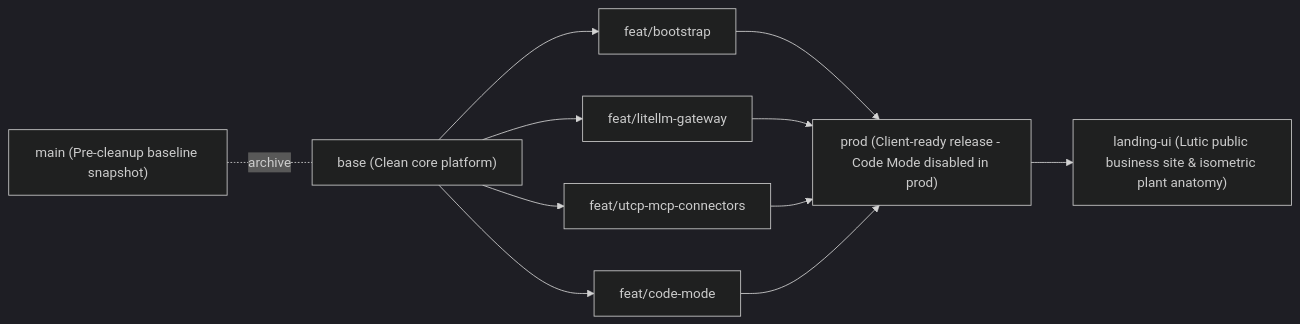
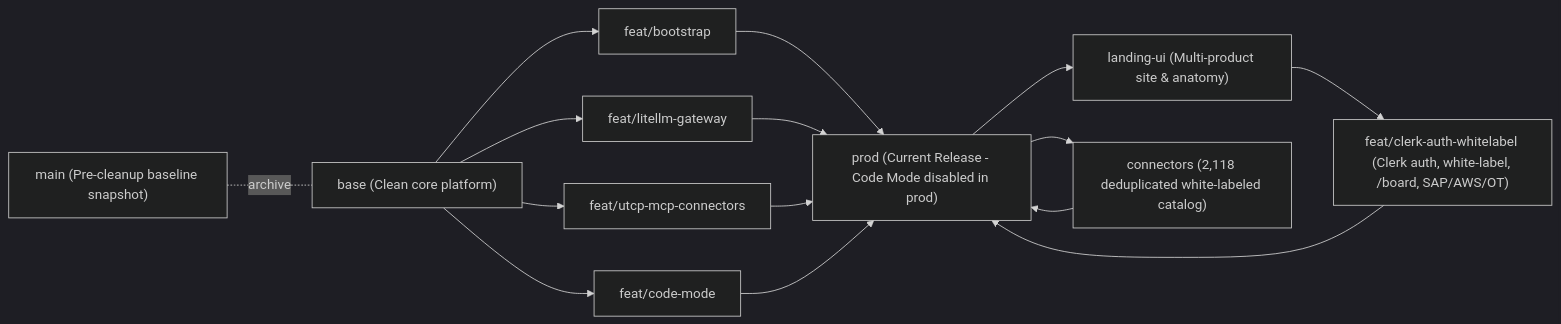
One commit to AyanShah17/Lutic changed the fourth of 4 diagrams in README.md. Above: the diagram before and after it, drawn with Mermaid (dark theme). The commit also changed other lines of this file and 2 other files, not shown here.

Commit message:
docs(prod): sync README, PRODUCTION, and SECURITY with Clerk auth, board, white-labeling, and 2,118 connectors

````diff
--- a/README.md
+++ b/README.md
@@ -81,13 +82,17 @@
 ```mermaid
 flowchart LR
   Main["main (Pre-cleanup baseline snapshot)"] -. "archive" .- Base
   Base["base (Clean core platform)"] --> FB["feat/bootstrap"]
   Base --> FL["feat/litellm-gateway"]
   Base --> FU["feat/utcp-mcp-connectors"]
   Base --> FC["feat/code-mode"]
-  FB --> Prod["prod (Client-ready release - Code Mode disabled in prod)"]
+  FB --> Prod["prod (Current Release - Code Mode disabled in prod)"]
   FL --> Prod
   FU --> Prod
   FC --> Prod
-  Prod --> Landing["landing-ui (Lutic public business site & isometric plant anatomy)"]
+  Prod --> Landing["landing-ui (Multi-product site & anatomy)"]
+  Landing --> AuthWL["feat/clerk-auth-whitelabel (Clerk auth, white-label, /board, SAP/AWS/OT)"]
+  AuthWL --> Prod
+  Prod --> Conn["connectors (2,118 deduplicated white-labeled catalog)"]
+  Conn --> Prod
 ```
````
